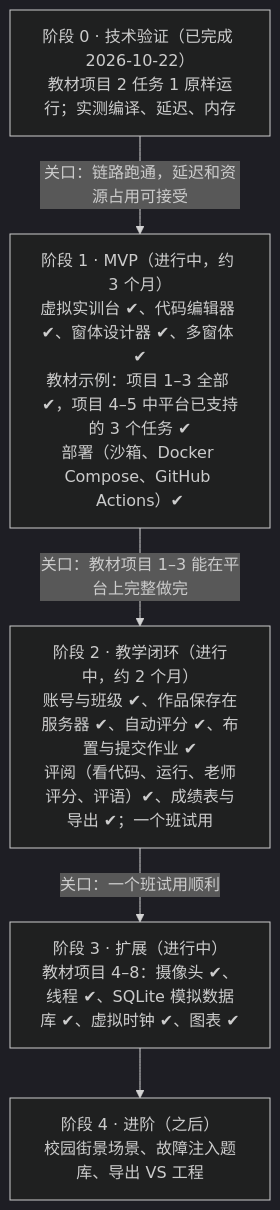
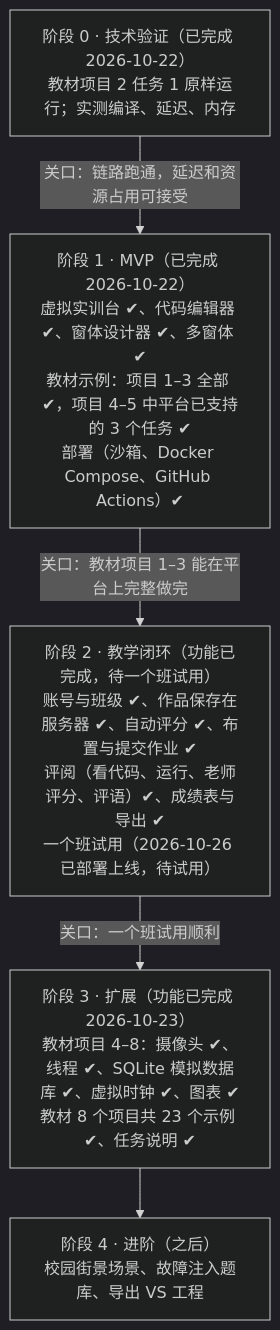
Before and after one commit to yuetsh/IOT_SIM: the second of 2 diagrams in docs/设计方案.md, drawn with Mermaid (dark theme). The commit also changed other lines of this file and 4 other files, not shown here.

Commit message:
实验下拉菜单按项目分组；路线图更新到已上线、待一个班试用

````diff
--- a/docs/设计方案.md
+++ b/docs/设计方案.md
@@ -235,12 +235,12 @@
 ```mermaid
 flowchart TB
   P0["阶段 0 · 技术验证（已完成 2026-10-22）<br/>教材项目 2 任务 1 原样运行；实测编译、延迟、内存"]
-  P1["阶段 1 · MVP（进行中，约 3 个月）<br/>虚拟实训台 ✔、代码编辑器 ✔、窗体设计器 ✔、多窗体 ✔<br/>教材示例：项目 1–3 全部 ✔，项目 4–5 中平台已支持的 3 个任务 ✔<br/>部署（沙箱、Docker Compose、GitHub Actions）✔"]
-  P2["阶段 2 · 教学闭环（进行中，约 2 个月）<br/>账号与班级 ✔、作品保存在服务器 ✔、自动评分 ✔、布置与提交作业 ✔<br/>评阅（看代码、运行、老师评分、评语）✔、成绩表与导出 ✔；一个班试用"]
-  P3["阶段 3 · 扩展（进行中）<br/>教材项目 4–8：摄像头 ✔、线程 ✔、SQLite 模拟数据库 ✔、虚拟时钟 ✔、图表 ✔"]
+  P1["阶段 1 · MVP（已完成 2026-10-22）<br/>虚拟实训台 ✔、代码编辑器 ✔、窗体设计器 ✔、多窗体 ✔<br/>教材示例：项目 1–3 全部 ✔，项目 4–5 中平台已支持的 3 个任务 ✔<br/>部署（沙箱、Docker Compose、GitHub Actions）✔"]
+  P2["阶段 2 · 教学闭环（功能已完成，待一个班试用）<br/>账号与班级 ✔、作品保存在服务器 ✔、自动评分 ✔、布置与提交作业 ✔<br/>评阅（看代码、运行、老师评分、评语）✔、成绩表与导出 ✔<br/>一个班试用（2026-10-26 已部署上线，待试用）"]
+  P3["阶段 3 · 扩展（功能已完成 2026-10-23）<br/>教材项目 4–8：摄像头 ✔、线程 ✔、SQLite 模拟数据库 ✔、虚拟时钟 ✔、图表 ✔<br/>教材 8 个项目共 23 个示例 ✔、任务说明 ✔"]
   P4["阶段 4 · 进阶（之后）<br/>校园街景场景、故障注入题库、导出 VS 工程"]
   P0 -->|"关口：链路跑通，延迟和资源占用可接受"| P1
   P1 -->|"关口：教材项目 1–3 能在平台上完整做完"| P2
   P2 -->|"关口：一个班试用顺利"| P3
   P3 --> P4
 ```
````
